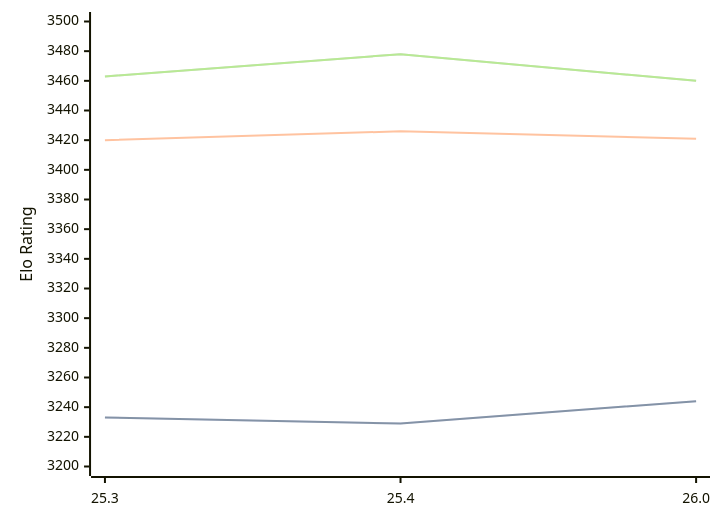
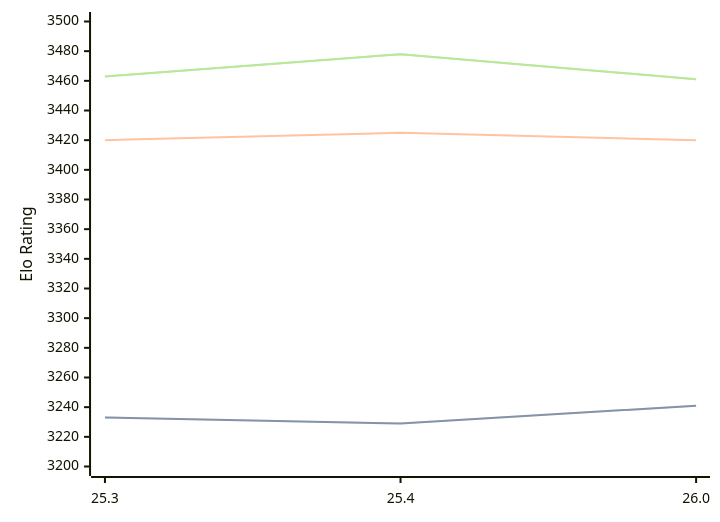
The diagram in engines/Arasan.md (computer-chess-index/cci), drawn with Mermaid before and after one commit. The commit also changed other lines of this file, not shown here.

Commit message:
Update CCI Ratings (ELO VLTC) - 2026-08-02

````diff
--- a/engines/Arasan.md
+++ b/engines/Arasan.md
@@ -34,11 +34,11 @@
 ```mermaid
 %%{init: {"theme":"base","themeVariables":{"seriesColors:['#a3a3a3','#222221','#faa371']}}}%%
 xychart-beta
   x-axis ["25.3", "25.4", "26.0"]
   y-axis "Elo Rating" 3200 --> 3500
-  line "STC (8.0+0.08s)" [3233, 3229, 3244]
-  line "STC (8.0+0.08s)" [3233, 3229, 3244]
-  line "LTC (60.0+0.60s)" [3420, 3426, 3421]
-  line "VLTC (2m24s+1.12s)" [3463, 3478, 3460]
-  line "VLTC (2m24s+1.12s)" [3463, 3478, 3460]
+  line "STC (8.0+0.08s)" [3233, 3229, 3241]
+  line "STC (8.0+0.08s)" [3233, 3229, 3241]
+  line "LTC (60.0+0.60s)" [3420, 3425, 3420]
+  line "VLTC (2m24s+1.12s)" [3463, 3478, 3461]
+  line "VLTC (2m24s+1.12s)" [3463, 3478, 3461]
 ```
````
